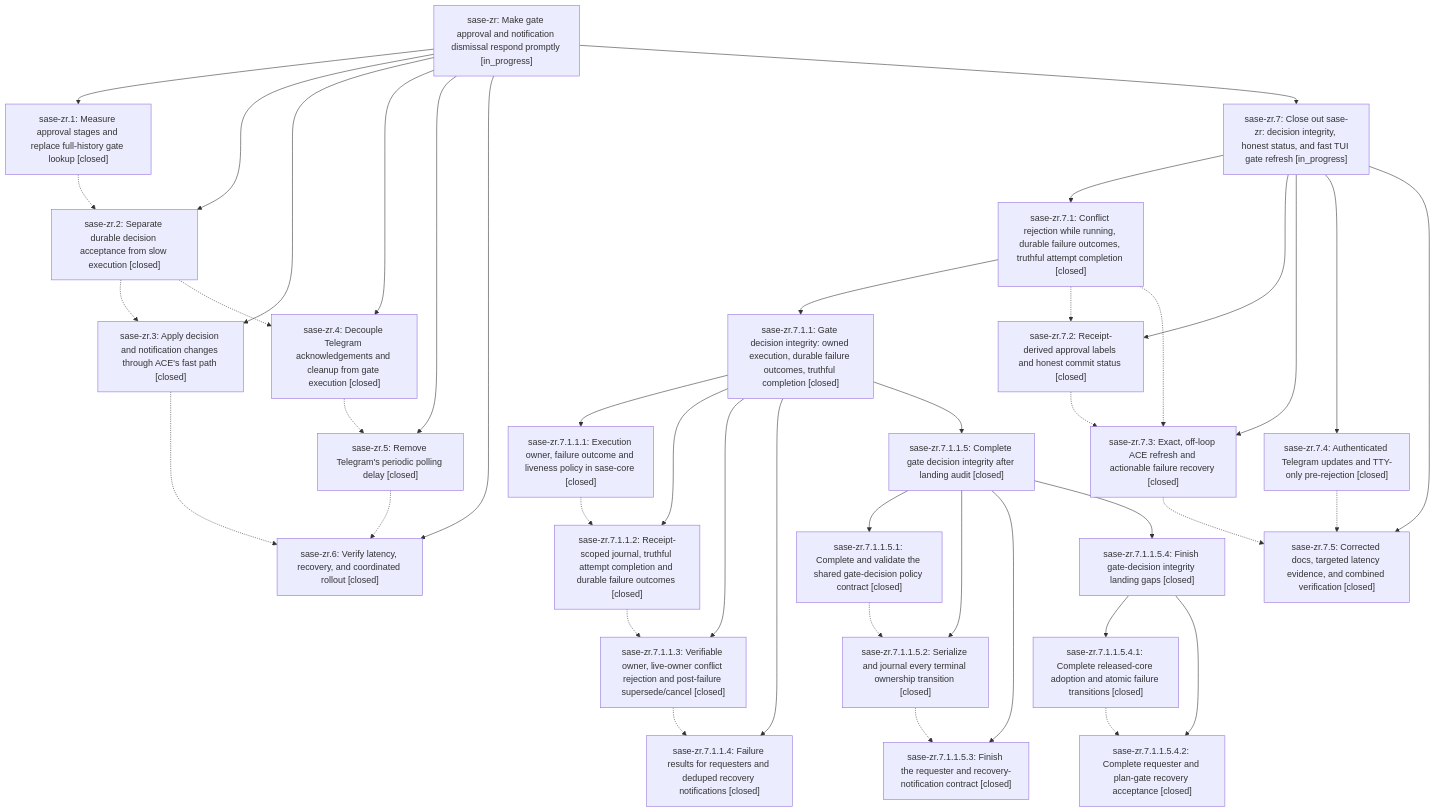
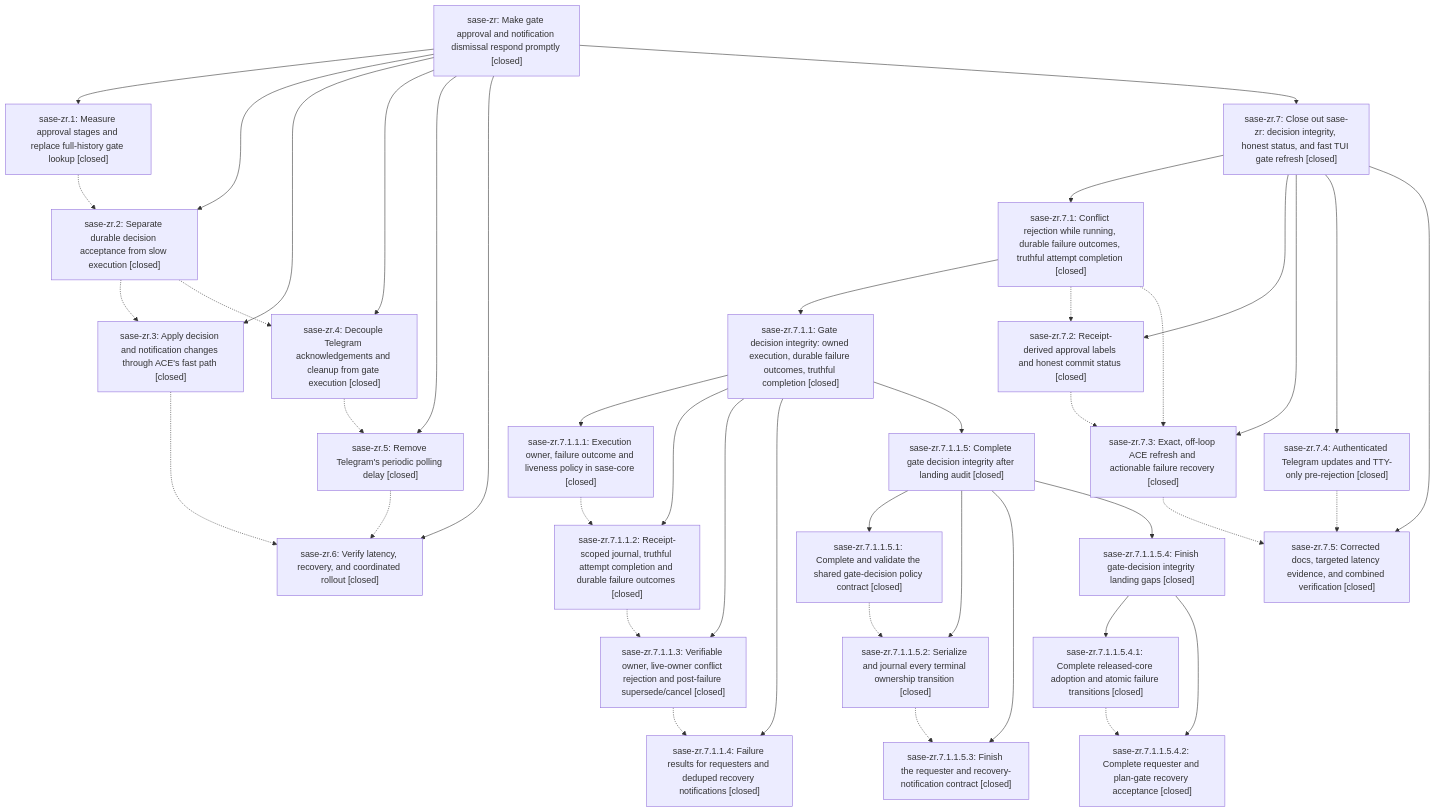
Before and after one commit to sase-org/sase--beads: the diagram in pages/sase-zr/README.md, drawn with Mermaid. The commit also changed other lines of this file and 1 other file, not shown here.

First line of the commit message:
chore(beads): sync bead state and pages for sase-zr

````diff
--- a/pages/sase-zr/README.md
+++ b/pages/sase-zr/README.md
@@ -92,69 +158,69 @@
 ```mermaid
 flowchart TD
-    n0["sase-zr: Make gate approval and notification dismissal respond promptly [in_progress]"]
+    n0["sase-zr: Make gate approval and notification dismissal respond promptly [closed]"]
     n1["sase-zr.1: Measure approval stages and replace full-history gate lookup [closed]"]
     n2["sase-zr.2: Separate durable decision acceptance from slow execution [closed]"]
     n3["sase-zr.3: Apply decision and notification changes through ACE's fast path [closed]"]
     n4["sase-zr.4: Decouple Telegram acknowledgements and cleanup from gate execution [closed]"]
     n5["sase-zr.5: Remove Telegram's periodic polling delay [closed]"]
     n6["sase-zr.6: Verify latency, recovery, and coordinated rollout [closed]"]
-    n7["sase-zr.7: Close out sase-zr: decision integrity, honest status, and fast TUI gate refresh [in_progress]"]
+    n7["sase-zr.7: Close out sase-zr: decision integrity, honest status, and fast TUI gate refresh [closed]"]
     n8["sase-zr.7.1: Conflict rejection while running, durable failure outcomes, truthful attempt completion [closed]"]
     n9["sase-zr.7.1.1: Gate decision integrity: owned execution, durable failure outcomes, truthful completion [closed]"]
     n10["sase-zr.7.1.1.1: Execution owner, failure outcome and liveness policy in sase-core [closed]"]
     n11["sase-zr.7.1.1.2: Receipt-scoped journal, truthful attempt completion and durable failure outcomes [closed]"]
     n12["sase-zr.7.1.1.3: Verifiable owner, live-owner conflict rejection and post-failure supersede/cancel [closed]"]
     n13["sase-zr.7.1.1.4: Failure results for requesters and deduped recovery notifications [closed]"]
     n14["sase-zr.7.1.1.5: Complete gate decision integrity after landing audit [closed]"]
     n15["sase-zr.7.1.1.5.1: Complete and validate the shared gate-decision policy contract [closed]"]
     n16["sase-zr.7.1.1.5.2: Serialize and journal every terminal ownership transition [closed]"]
     n17["sase-zr.7.1.1.5.3: Finish the requester and recovery-notification contract [closed]"]
     n18["sase-zr.7.1.1.5.4: Finish gate-decision integrity landing gaps [closed]"]
     n19["sase-zr.7.1.1.5.4.1: Complete released-core adoption and atomic failure transitions [closed]"]
     n20["sase-zr.7.1.1.5.4.2: Complete requester and plan-gate recovery acceptance [closed]"]
     n21["sase-zr.7.2: Receipt-derived approval labels and honest commit status [closed]"]
     n22["sase-zr.7.3: Exact, off-loop ACE refresh and actionable failure recovery [closed]"]
     n23["sase-zr.7.4: Authenticated Telegram updates and TTY-only pre-rejection [closed]"]
     n24["sase-zr.7.5: Corrected docs, targeted latency evidence, and combined verification [closed]"]
     n0 --> n1
     n0 --> n2
     n0 --> n3
     n0 --> n4
     n0 --> n5
     n0 --> n6
     n0 --> n7
     n7 --> n8
     n8 --> n9
     n9 --> n10
     n9 --> n11
     n9 --> n12
     n9 --> n13
     n9 --> n14
     n14 --> n15
     n14 --> n16
     n14 --> n17
     n14 --> n18
     n18 --> n19
     n18 --> n20
     n7 --> n21
     n7 --> n22
     n7 --> n23
     n7 --> n24
     n1 -.-> n2
     n2 -.-> n3
     n2 -.-> n4
     n3 -.-> n6
     n4 -.-> n5
     n5 -.-> n6
     n8 -.-> n21
     n8 -.-> n22
     n10 -.-> n11
     n11 -.-> n12
     n12 -.-> n13
     n15 -.-> n16
     n16 -.-> n17
     n19 -.-> n20
     n21 -.-> n22
     n22 -.-> n24
     n23 -.-> n24
 ```
````
